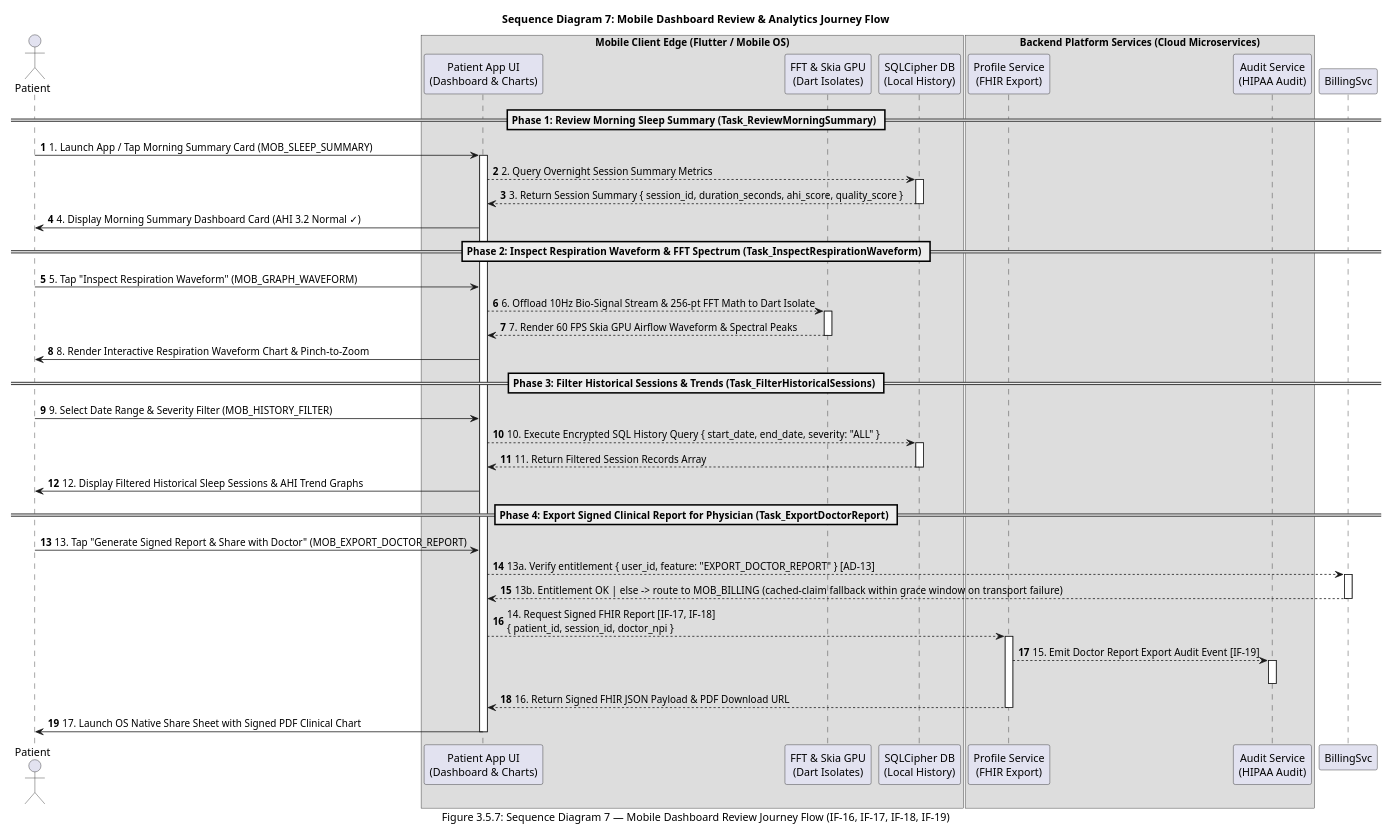
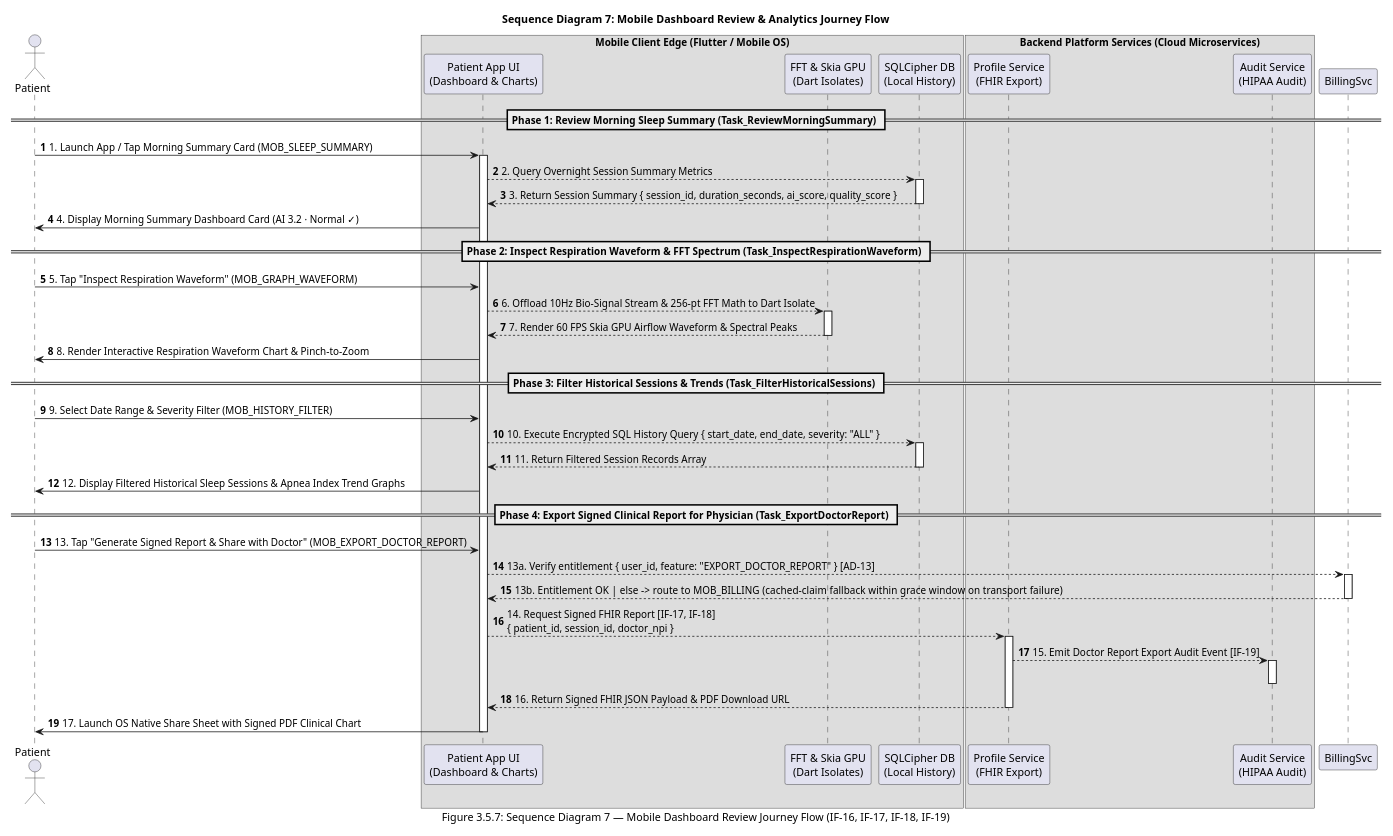
Before and after one commit to reidlai/masker-app: diagram 12 of 19 in _bmad-output/architecture/ARCHITECTURE-SPINE.md, drawn with PlantUML. The commit also changed other lines of this file and 1 other file, not shown here.

First line of the commit message:
docs(architecture): fold IDLE Band signal model into spine (v21.0.0)

````diff
--- a/_bmad-output/architecture/ARCHITECTURE-SPINE.md
+++ b/_bmad-output/architecture/ARCHITECTURE-SPINE.md
@@ -1555,62 +1525,62 @@
 ```plantuml
 @startuml Mobile_Dashboard_Review_Journey_Sequence_Diagram
 title Sequence Diagram 7: Mobile Dashboard Review & Analytics Journey Flow
 caption Figure 3.5.7: Sequence Diagram 7 — Mobile Dashboard Review Journey Flow (IF-16, IF-17, IF-18, IF-19)
 autonumber
 scale 0.7
 
 actor "Patient" as User
 box "Mobile Client Edge (Flutter / Mobile OS)"
 participant "Patient App UI\n(Dashboard & Charts)" as UI
 participant "FFT & Skia GPU\n(Dart Isolates)" as GPU
 participant "SQLCipher DB\n(Local History)" as LocalDB
 end box
 
 box "Backend Platform Services (Cloud Microservices)"
 participant "Profile Service\n(FHIR Export)" as ProfileSvc
 participant "Audit Service\n(HIPAA Audit)" as AuditSvc
 end box
 
 == Phase 1: Review Morning Sleep Summary (Task_ReviewMorningSummary) ==
 User -> UI: 1. Launch App / Tap Morning Summary Card (MOB_SLEEP_SUMMARY)
 activate UI
 UI --> LocalDB: 2. Query Overnight Session Summary Metrics
 activate LocalDB
-LocalDB --> UI: 3. Return Session Summary { session_id, duration_seconds, ahi_score, quality_score }
+LocalDB --> UI: 3. Return Session Summary { session_id, duration_seconds, ai_score, quality_score }
 deactivate LocalDB
-UI -> User: 4. Display Morning Summary Dashboard Card (AHI 3.2 Normal ✓)
+UI -> User: 4. Display Morning Summary Dashboard Card (AI 3.2 · Normal ✓)
 
 == Phase 2: Inspect Respiration Waveform & FFT Spectrum (Task_InspectRespirationWaveform) ==
 User -> UI: 5. Tap "Inspect Respiration Waveform" (MOB_GRAPH_WAVEFORM)
 UI --> GPU: 6. Offload 10Hz Bio-Signal Stream & 256-pt FFT Math to Dart Isolate
 activate GPU
 GPU --> UI: 7. Render 60 FPS Skia GPU Airflow Waveform & Spectral Peaks
 deactivate GPU
 UI -> User: 8. Render Interactive Respiration Waveform Chart & Pinch-to-Zoom
 
 == Phase 3: Filter Historical Sessions & Trends (Task_FilterHistoricalSessions) ==
 User -> UI: 9. Select Date Range & Severity Filter (MOB_HISTORY_FILTER)
 UI --> LocalDB: 10. Execute Encrypted SQL History Query { start_date, end_date, severity: "ALL" }
 activate LocalDB
 LocalDB --> UI: 11. Return Filtered Session Records Array
 deactivate LocalDB
-UI -> User: 12. Display Filtered Historical Sleep Sessions & AHI Trend Graphs
+UI -> User: 12. Display Filtered Historical Sleep Sessions & Apnea Index Trend Graphs
 
 == Phase 4: Export Signed Clinical Report for Physician (Task_ExportDoctorReport) ==
 User -> UI: 13. Tap "Generate Signed Report & Share with Doctor" (MOB_EXPORT_DOCTOR_REPORT)
 UI --> BillingSvc: 13a. Verify entitlement { user_id, feature: "EXPORT_DOCTOR_REPORT" } [AD-13]
 activate BillingSvc
 BillingSvc --> UI: 13b. Entitlement OK  |  else -> route to MOB_BILLING (cached-claim fallback within grace window on transport failure)
 deactivate BillingSvc
 UI --> ProfileSvc: 14. Request Signed FHIR Report [IF-17, IF-18]\n{ patient_id, session_id, doctor_npi }
 activate ProfileSvc
 ProfileSvc --> AuditSvc: 15. Emit Doctor Report Export Audit Event [IF-19]
 activate AuditSvc
 deactivate AuditSvc
 ProfileSvc --> UI: 16. Return Signed FHIR JSON Payload & PDF Download URL
 deactivate ProfileSvc
 UI -> User: 17. Launch OS Native Share Sheet with Signed PDF Clinical Chart
 deactivate UI
 
 @enduml
 ```
````
